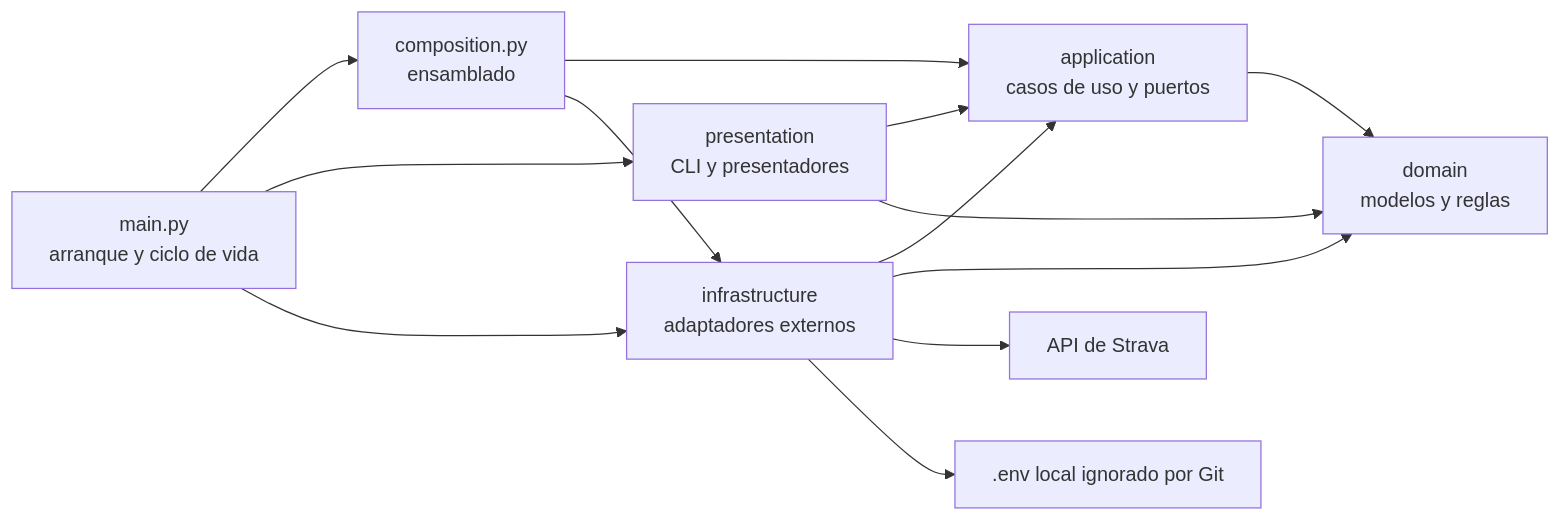
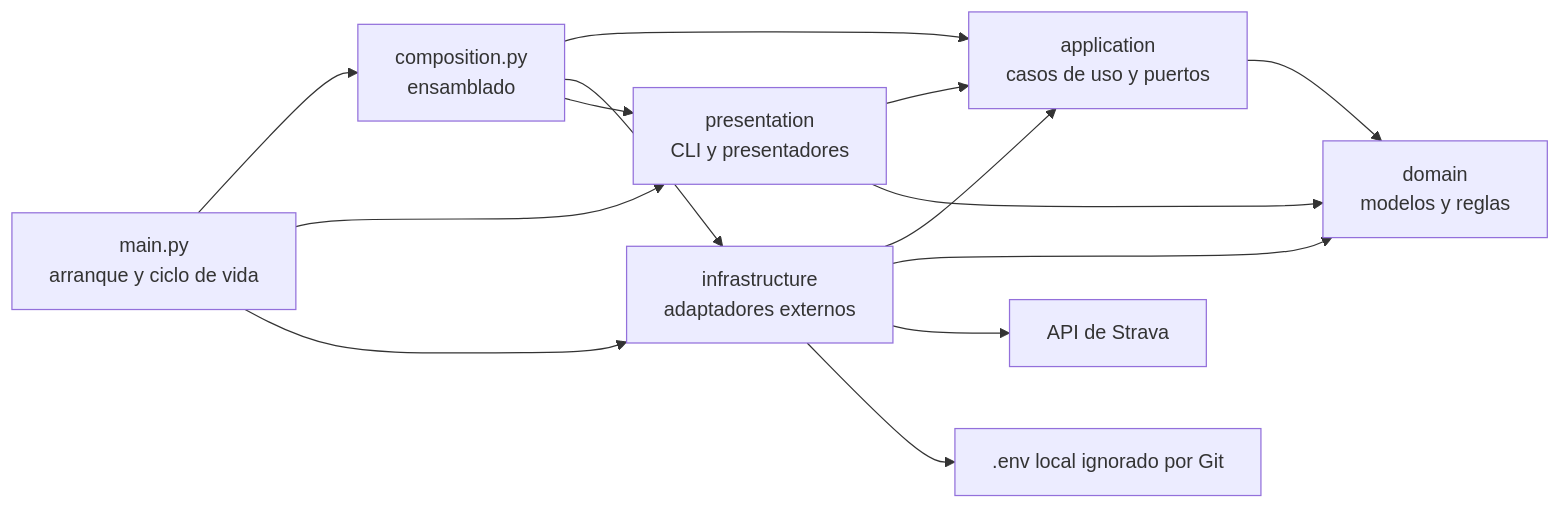
The diagram in docs/architecture.md (AlexAlgarate/strava_analisys), drawn with Mermaid before and after one commit. The commit also changed other lines of this file and 2 other files, not shown here.

Commit message:
docs: explain the extensible command architecture

````diff
--- a/docs/architecture.md
+++ b/docs/architecture.md
@@ -7,24 +9,25 @@
 ```mermaid
 flowchart LR
     Main["main.py<br/>arranque y ciclo de vida"]
     Composition["composition.py<br/>ensamblado"]
     Presentation["presentation<br/>CLI y presentadores"]
     Application["application<br/>casos de uso y puertos"]
     Infrastructure["infrastructure<br/>adaptadores externos"]
     Domain["domain<br/>modelos y reglas"]
     Strava["API de Strava"]
     Local[".env local ignorado por Git"]
 
     Main --> Composition
     Main --> Presentation
     Main --> Infrastructure
     Composition --> Application
     Composition --> Infrastructure
+    Composition --> Presentation
     Presentation --> Application
     Presentation --> Domain
     Infrastructure --> Application
     Infrastructure --> Domain
     Application --> Domain
     Infrastructure --> Strava
     Infrastructure --> Local
 ```
````
